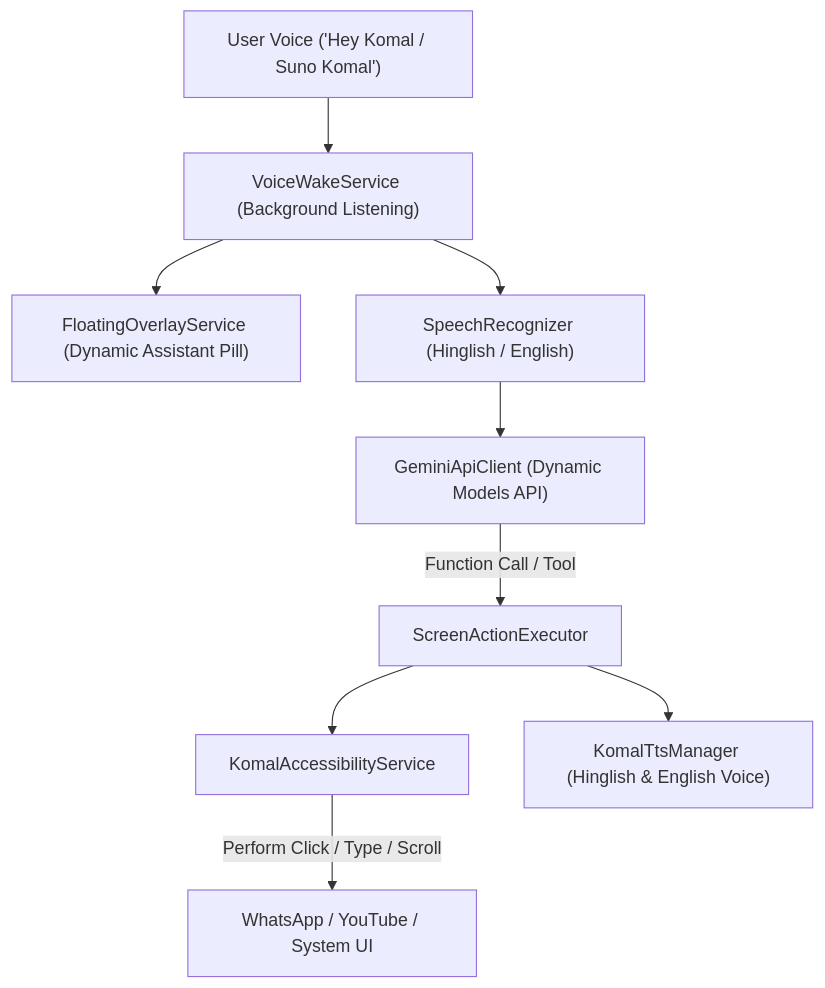
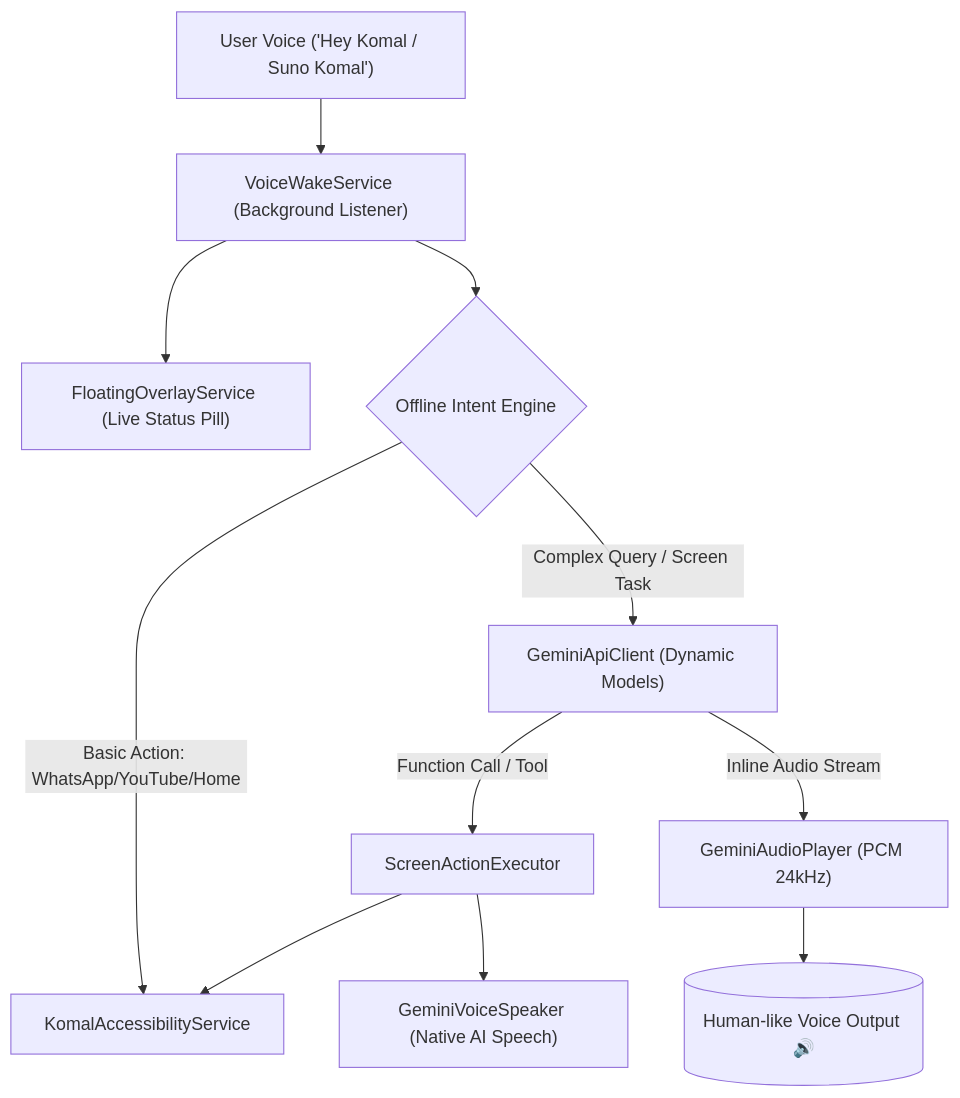
Before and after one commit to raufzen/KomalAI: the diagram in README.md, drawn with Mermaid. The commit also changed other lines of this file and 6 other files, not shown here.

Commit message:
fix(ui): language selector (Hinglish/English), resolve selectedControllerModel ref, update README

````diff
--- a/README.md
+++ b/README.md
@@ -41,14 +70,16 @@
 ```mermaid
 graph TD
-    User["User Voice ('Hey Komal / Suno Komal')"] --> WakeService["VoiceWakeService (Background Listening)"]
-    WakeService --> Overlay["FloatingOverlayService (Dynamic Assistant Pill)"]
-    WakeService --> Speech["SpeechRecognizer (Hinglish / English)"]
-    Speech --> GeminiClient["GeminiApiClient (Dynamic Models API)"]
+    User["User Voice ('Hey Komal / Suno Komal')"] --> VoiceWake["VoiceWakeService (Background Listener)"]
+    VoiceWake --> Floating["FloatingOverlayService (Live Status Pill)"]
+    VoiceWake --> OfflineCheck{"Offline Intent Engine"}
     
-    GeminiClient -->|Function Call / Tool| Executor["ScreenActionExecutor"]
+    OfflineCheck -->|Basic Action: WhatsApp/YouTube/Home| Accessibility["KomalAccessibilityService"]
+    OfflineCheck -->|Complex Query / Screen Task| Gemini["GeminiApiClient (Dynamic Models)"]
     
-    Executor --> Accessibility["KomalAccessibilityService"]
-    Executor --> TTS["KomalTtsManager (Hinglish & English Voice)"]
+    Gemini -->|Function Call / Tool| Executor["ScreenActionExecutor"]
+    Executor --> Accessibility
+    Executor --> Speaker["GeminiVoiceSpeaker (Native AI Speech)"]
     
-    Accessibility -->|Perform Click / Type / Scroll| Apps["WhatsApp / YouTube / System UI"]
+    Gemini -->|Inline Audio Stream| AudioPlayer["GeminiAudioPlayer (PCM 24kHz)"]
+    AudioPlayer --> Output[("Human-like Voice Output 🔊")]
 ```
````
